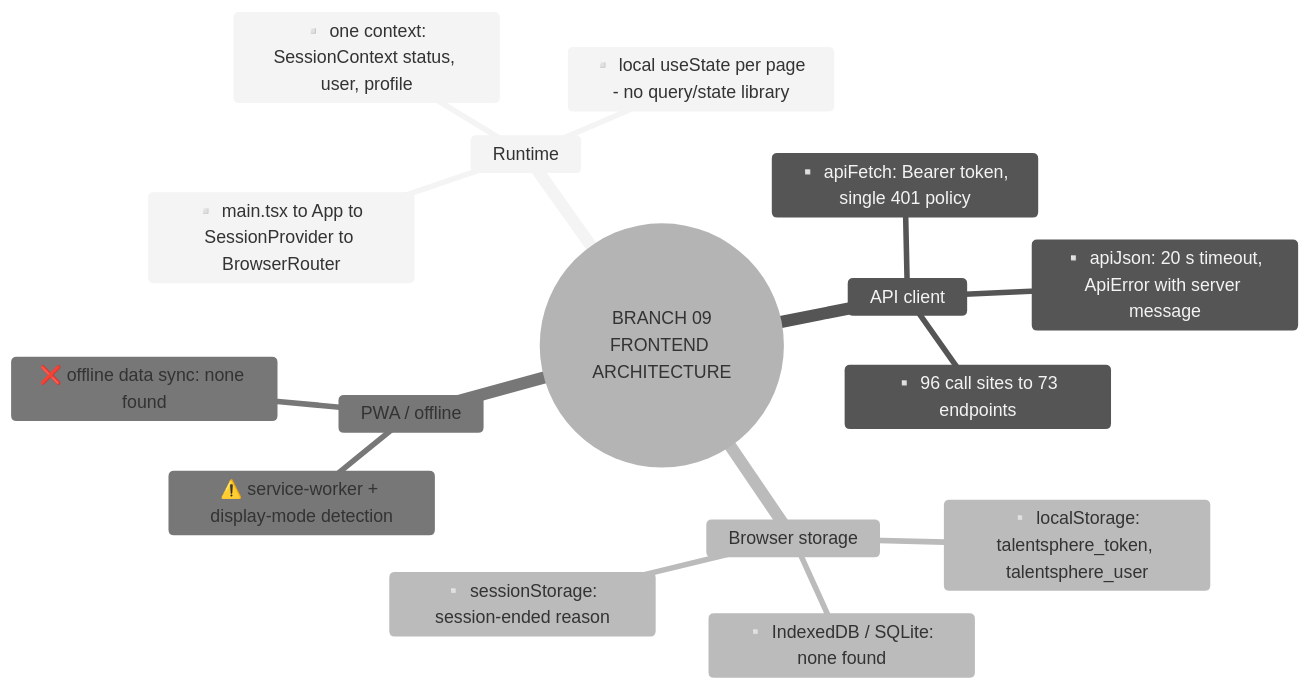
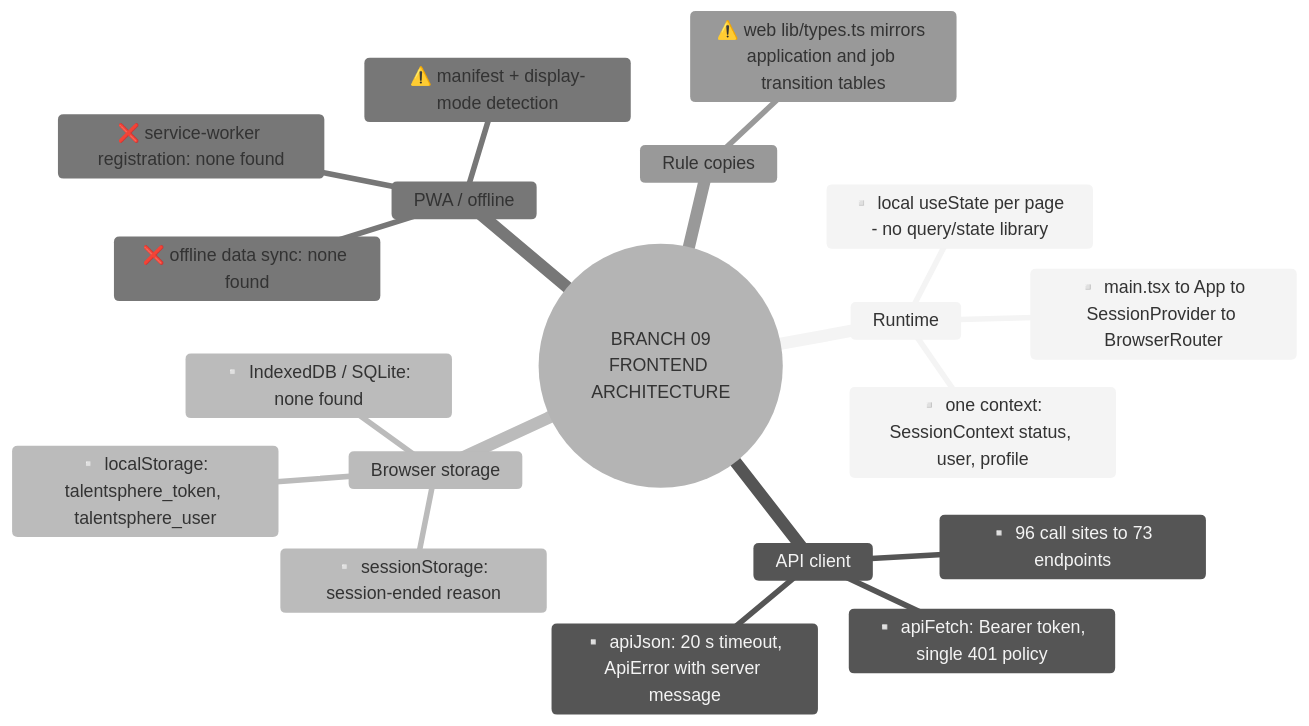
One commit to yhsomani/talentsphere-complete changed diagram 11 of 22 in project-mindmap/master/MASTER_PROJECT_DIAGRAMS.md. Above: the diagram before and after it, drawn with Mermaid (neutral theme). The commit also changed other lines of this file and 29 other files, not shown here.

First line of the commit message:
docs: execution-backed project mind map, stable IDs and docs-vs-code reconciliation

````diff
--- a/project-mindmap/master/MASTER_PROJECT_DIAGRAMS.md
+++ b/project-mindmap/master/MASTER_PROJECT_DIAGRAMS.md
@@ -330,19 +342,22 @@
 ```mermaid
 mindmap
   root(("BRANCH 09<br/>FRONTEND ARCHITECTURE"))
     Runtime
       ▫️ main.tsx to App to SessionProvider to BrowserRouter
       ▫️ one context: SessionContext status, user, profile
       ▫️ local useState per page - no query/state library
     API client
       ▫️ apiFetch: Bearer token, single 401 policy
       ▫️ apiJson: 20 s timeout, ApiError with server message
       ▫️ 96 call sites to 73 endpoints
     Browser storage
       ▫️ localStorage: talentsphere_token, talentsphere_user
       ▫️ sessionStorage: session-ended reason
       ▫️ IndexedDB / SQLite: none found
     PWA / offline
-      ⚠️ service-worker + display-mode detection
+      ⚠️ manifest + display-mode detection
+      ❌ service-worker registration: none found
       ❌ offline data sync: none found
+    Rule copies
+      ⚠️ web lib/types.ts mirrors application and job transition tables
 ```
````
